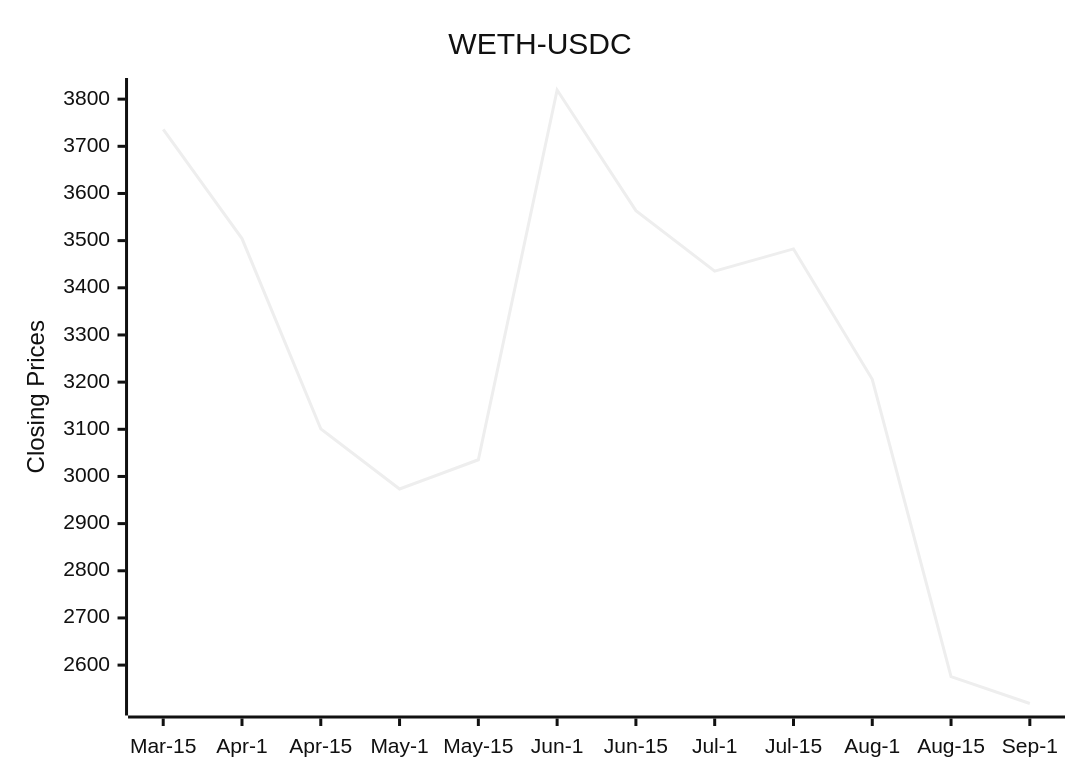
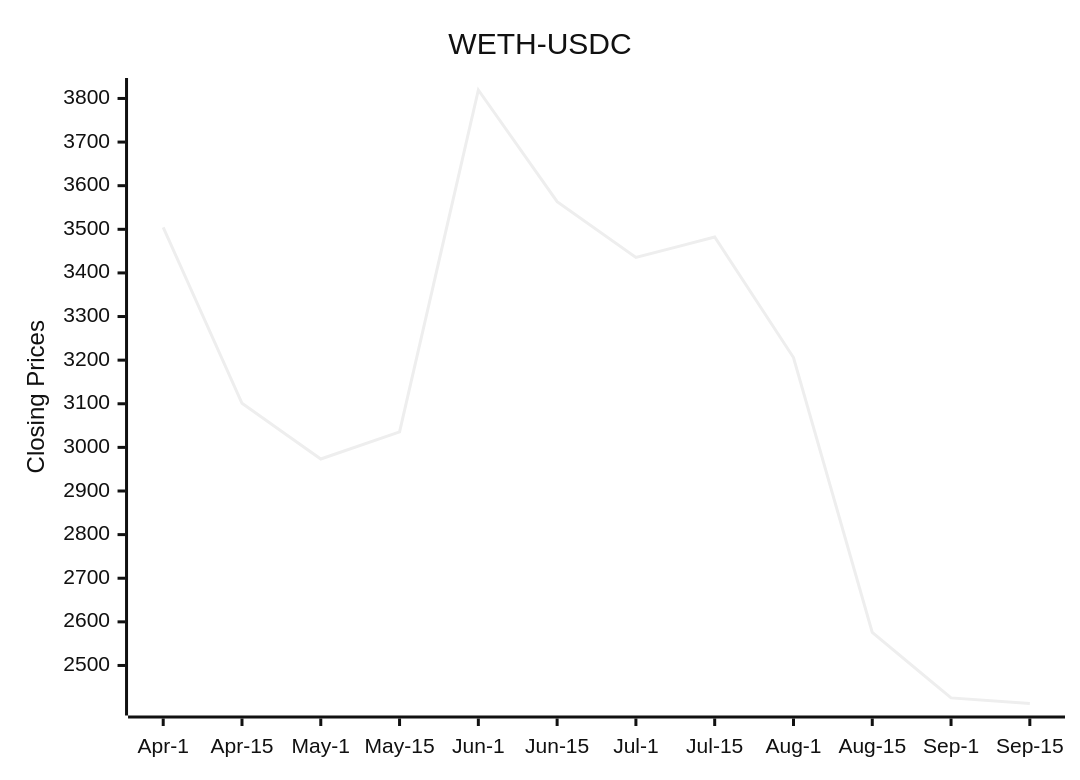
Before and after one commit to bicced/ReadmeCryptoPriceChart: the diagram in README.md, drawn with Mermaid (neutral theme).

Commit message:
Update README with latest DEX data

````diff
--- a/README.md
+++ b/README.md
@@ -6,7 +6,7 @@
 ```mermaid
 xychart-beta
   title "WETH-USDC"
-  x-axis [Mar-15,Apr-1,Apr-15,May-1,May-15,Jun-1,Jun-15,Jul-1,Jul-15,Aug-1,Aug-15,Sep-1]
-  y-axis "Closing Prices" 2518.59106961625 --> 3819.38075388494
-  line [3736.1373634517,3504.3532147092,3100.95426847415,2973.3332502791,3035.35925312099,3819.38075388494,3563.50423684803,3435.37304391752,3482.40990196361,3205.99009674922,2575.67729986359,2518.59106961625]
+  x-axis [Apr-1,Apr-15,May-1,May-15,Jun-1,Jun-15,Jul-1,Jul-15,Aug-1,Aug-15,Sep-1,Sep-15]
+  y-axis "Closing Prices" 2412.78798580304 --> 3819.38075388494
+  line [3504.3532147092,3100.95426847415,2973.3332502791,3035.35925312099,3819.38075388494,3563.50423684803,3435.37304391752,3482.40990196361,3205.99009674922,2575.67729986359,2425.60361929393,2412.78798580304]
 ```
````
